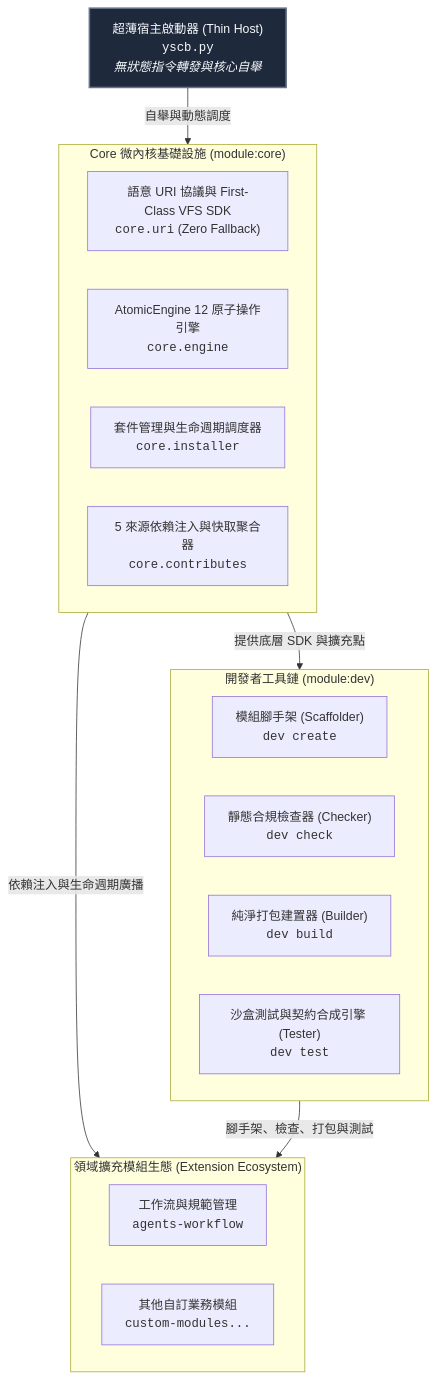
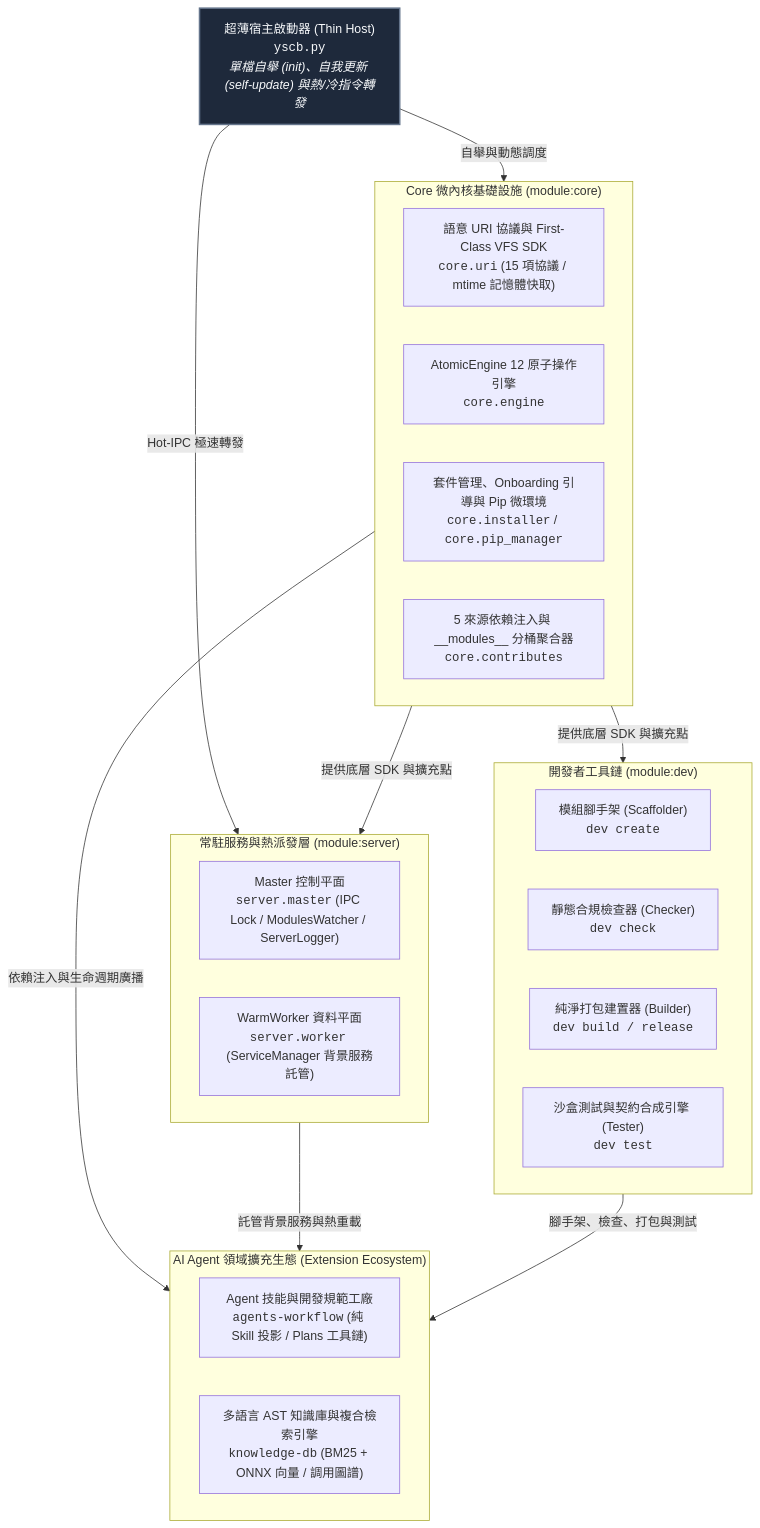
Before and after one commit to ysnaive/ys-codebase: the diagram in docs/README.md, drawn with Mermaid. The commit also changed other lines of this file and 32 other files, not shown here.

Commit message:
feat(onboarding): overhaul downstream quickstart docs, add CLI next-steps banners and actionable URI quick-fix hints

````diff
--- a/docs/README.md
+++ b/docs/README.md
@@ -10,36 +17,46 @@
 ```mermaid
 graph TD
     classDef host fill:#1e293b,stroke:#64748b,stroke-width:2px,color:#f8fafc;
     classDef micro fill:#0f172a,stroke:#3b82f6,stroke-width:2px,color:#60a5fa;
+    classDef svc fill:#3b0764,stroke:#a855f7,stroke-width:2px,color:#e9d5ff;
     classDef tool fill:#064e3b,stroke:#10b981,stroke-width:2px,color:#34d399;
     classDef ext fill:#4c1d95,stroke:#8b5cf6,stroke-width:2px,color:#c084fc;
 
-    Host["超薄宿主啟動器 (Thin Host)<br/><code>yscb.py</code><br/><i>無狀態指令轉發與核心自舉</i>"]:::host
+    Host["超薄宿主啟動器 (Thin Host)<br/><code>yscb.py</code><br/><i>單檔自舉 (init)、自我更新 (self-update) 與熱/冷指令轉發</i>"]:::host
     
     subgraph Microkernel ["Core 微內核基礎設施 (module:core)"]
-        URI["語意 URI 協議與 First-Class VFS SDK<br/><code>core.uri</code> (Zero Fallback)"]
+        URI["語意 URI 協議與 First-Class VFS SDK<br/><code>core.uri</code> (15 項協議 / mtime 記憶體快取)"]
         Engine["AtomicEngine 12 原子操作引擎<br/><code>core.engine</code>"]
-        Installer["套件管理與生命週期調度器<br/><code>core.installer</code>"]
-        Contrib["5 來源依賴注入與快取聚合器<br/><code>core.contributes</code>"]
+        Installer["套件管理、Onboarding 引導與 Pip 微環境<br/><code>core.installer</code> / <code>core.pip_manager</code>"]
+        Contrib["5 來源依賴注入與 __modules__ 分桶聚合器<br/><code>core.contributes</code>"]
     end
     class Microkernel micro;
+
+    subgraph RuntimeService ["常駐服務與熱派發層 (module:server)"]
+        Master["Master 控制平面<br/><code>server.master</code> (IPC Lock / ModulesWatcher / ServerLogger)"]
+        Worker["WarmWorker 資料平面<br/><code>server.worker</code> (ServiceManager 背景服務託管)"]
+    end
+    class RuntimeService svc;
 
     subgraph Toolchain ["開發者工具鏈 (module:dev)"]
         Scaffold["模組腳手架 (Scaffolder)<br/><code>dev create</code>"]
         Checker["靜態合規檢查器 (Checker)<br/><code>dev check</code>"]
-        Builder["純淨打包建置器 (Builder)<br/><code>dev build</code>"]
+        Builder["純淨打包建置器 (Builder)<br/><code>dev build / release</code>"]
         Testing["沙盒測試與契約合成引擎 (Tester)<br/><code>dev test</code>"]
     end
     class Toolchain tool;
 
-    subgraph Extensions ["領域擴充模組生態 (Extension Ecosystem)"]
-        Agents["工作流與規範管理<br/><code>agents-workflow</code>"]
-        CustomMod["其他自訂業務模組<br/><code>custom-modules...</code>"]
+    subgraph Extensions ["AI Agent 領域擴充生態 (Extension Ecosystem)"]
+        Agents["Agent 技能與開發規範工廠<br/><code>agents-workflow</code> (純 Skill 投影 / Plans 工具鏈)"]
+        Knowledge["多語言 AST 知識庫與複合檢索引擎<br/><code>knowledge-db</code> (BM25 + ONNX 向量 / 調用圖譜)"]
     end
     class Extensions ext;
 
     Host -->|自舉與動態調度| Microkernel
+    Host -->|Hot-IPC 極速轉發| RuntimeService
+    Microkernel -->|提供底層 SDK 與擴充點| RuntimeService
     Microkernel -->|提供底層 SDK 與擴充點| Toolchain
     Microkernel -->|依賴注入與生命週期廣播| Extensions
+    RuntimeService -->|託管背景服務與熱重載| Extensions
     Toolchain -->|腳手架、檢查、打包與測試| Extensions
 ```
````
